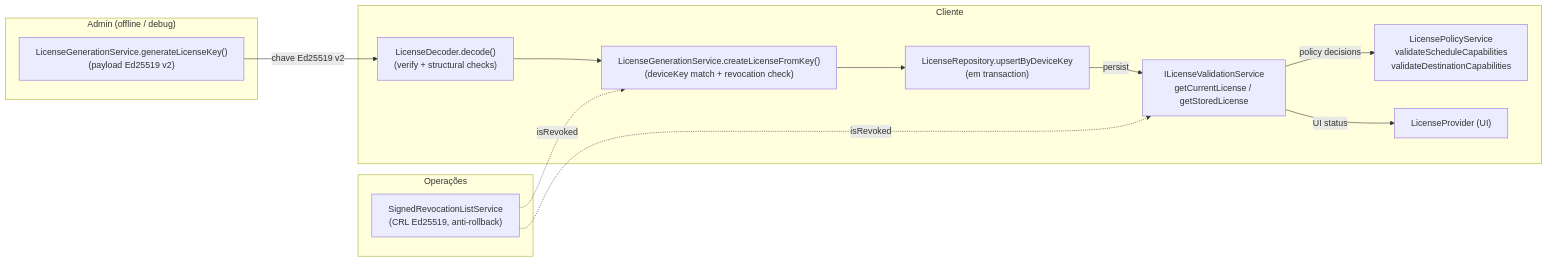
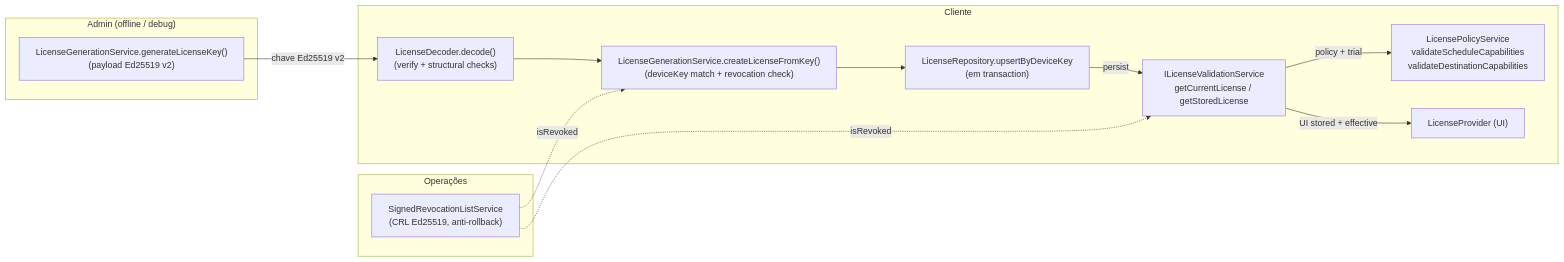
The diagram in docs/onboarding/licenciamento.md (cesar-carlos/backup_database), drawn with Mermaid before and after one commit. The commit also changed other lines of this file and 43 other files, not shown here.

````diff
--- a/docs/onboarding/licenciamento.md
+++ b/docs/onboarding/licenciamento.md
@@ -10,26 +10,26 @@
 ```mermaid
 flowchart LR
   subgraph admin["Admin (offline / debug)"]
     A1["LicenseGenerationService.generateLicenseKey()<br/>(payload Ed25519 v2)"]
   end
   subgraph client["Cliente"]
     C1["LicenseDecoder.decode()<br/>(verify + structural checks)"]
     C2["LicenseGenerationService.createLicenseFromKey()<br/>(deviceKey match + revocation check)"]
     C3["LicenseRepository.upsertByDeviceKey<br/>(em transaction)"]
     C4["ILicenseValidationService<br/>getCurrentLicense / getStoredLicense"]
     C5["LicensePolicyService<br/>validateScheduleCapabilities<br/>validateDestinationCapabilities"]
     C6["LicenseProvider (UI)"]
   end
   subgraph ops["Operações"]
     O1["SignedRevocationListService<br/>(CRL Ed25519, anti-rollback)"]
   end
 
   A1 -->|chave Ed25519 v2| C1
   C1 --> C2
   C2 --> C3
   C3 -->|persist| C4
-  C4 -->|policy decisions| C5
-  C4 -->|UI status| C6
+  C4 -->|policy + trial| C5
+  C4 -->|UI stored + effective| C6
   O1 -.->|isRevoked| C2
   O1 -.->|isRevoked| C4
 ```
````
